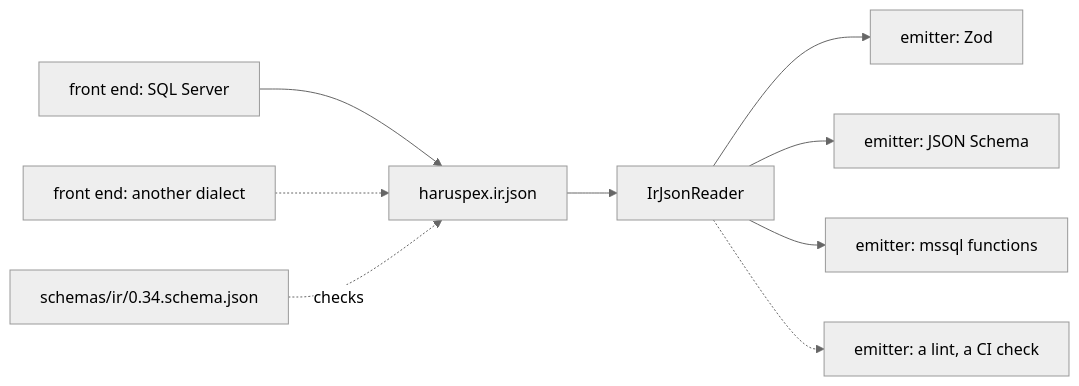
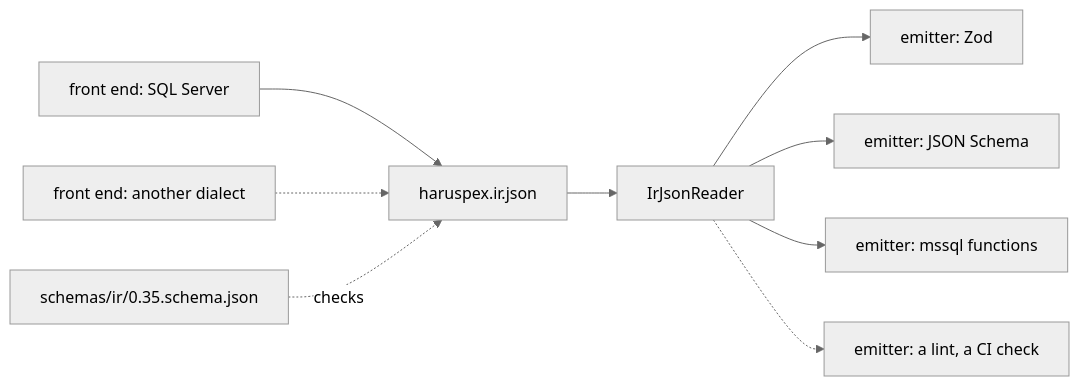
Before and after one commit to haruspex-tools/haruspex: the diagram in docs/internals/10-the-ir-as-a-contract.md, drawn with Mermaid (neutral theme). The commit also changed other lines of this file and 40 other files, not shown here.

````diff
--- a/docs/internals/10-the-ir-as-a-contract.md
+++ b/docs/internals/10-the-ir-as-a-contract.md
@@ -27,11 +27,11 @@
 ```mermaid
 flowchart LR
     tsql["front end: SQL Server"] --> file["haruspex.ir.json"]
     pg["front end: another dialect"] -.-> file
     file --> reader["IrJsonReader"]
     reader --> zod["emitter: Zod"]
     reader --> jsonSchema["emitter: JSON Schema"]
     reader --> mssql["emitter: mssql functions"]
     reader -.-> other["emitter: a lint, a CI check"]
-    schema["schemas/ir/0.34.schema.json"] -.->|checks| file
+    schema["schemas/ir/0.35.schema.json"] -.->|checks| file
 ```
````
